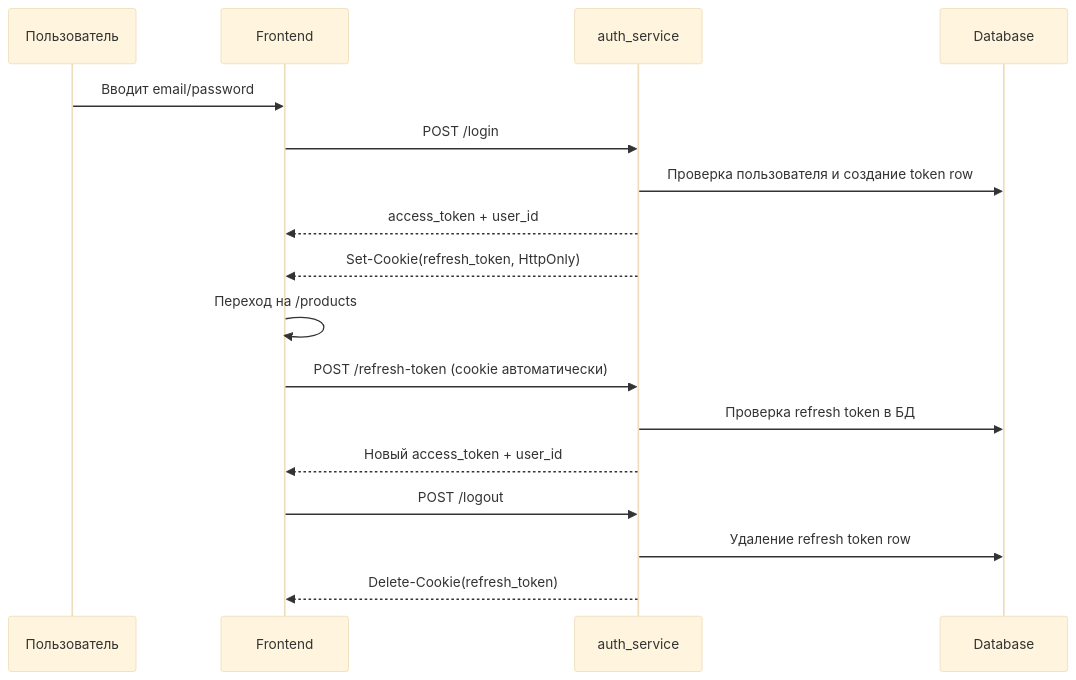
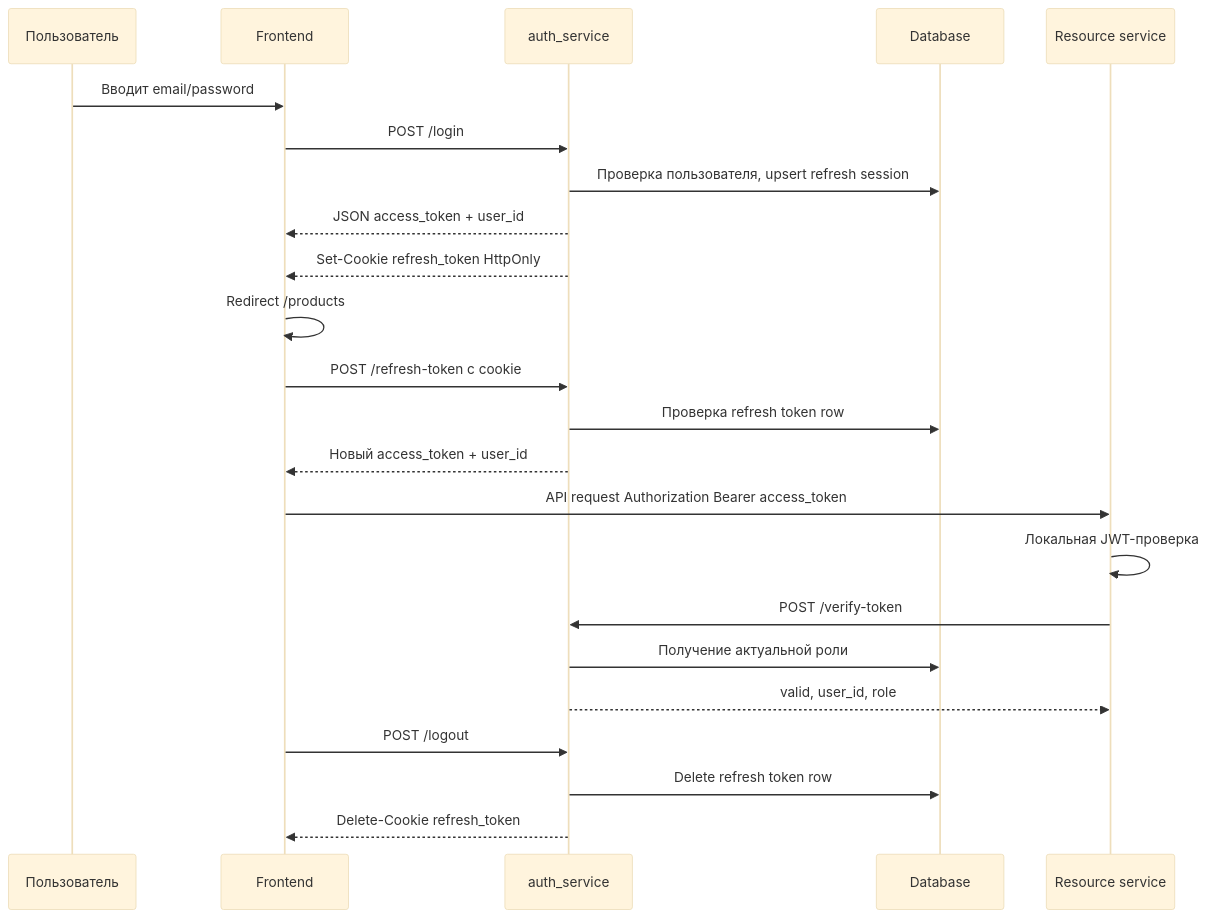
The diagram in docs/authentication-session.md (Metaf-x/StoreSystem-app), drawn with Mermaid (base theme) before and after one commit. The commit also changed other lines of this file and 3 other files, not shown here.

````diff
--- a/docs/authentication-session.md
+++ b/docs/authentication-session.md
@@ -167,22 +217,29 @@
 ```mermaid
 sequenceDiagram
     participant U as Пользователь
     participant F as Frontend
     participant A as auth_service
     participant D as Database
+    participant S as Resource service
 
     U->>F: Вводит email/password
     F->>A: POST /login
-    A->>D: Проверка пользователя и создание token row
-    A-->>F: access_token + user_id
-    A-->>F: Set-Cookie(refresh_token, HttpOnly)
-    F->>F: Переход на /products
+    A->>D: Проверка пользователя, upsert refresh session
+    A-->>F: JSON access_token + user_id
+    A-->>F: Set-Cookie refresh_token HttpOnly
+    F->>F: Redirect /products
 
-    F->>A: POST /refresh-token (cookie автоматически)
-    A->>D: Проверка refresh token в БД
+    F->>A: POST /refresh-token с cookie
+    A->>D: Проверка refresh token row
     A-->>F: Новый access_token + user_id
 
+    F->>S: API request Authorization Bearer access_token
+    S->>S: Локальная JWT-проверка
+    S->>A: POST /verify-token
+    A->>D: Получение актуальной роли
+    A-->>S: valid, user_id, role
+
     F->>A: POST /logout
-    A->>D: Удаление refresh token row
-    A-->>F: Delete-Cookie(refresh_token)
+    A->>D: Delete refresh token row
+    A-->>F: Delete-Cookie refresh_token
 ```
````
